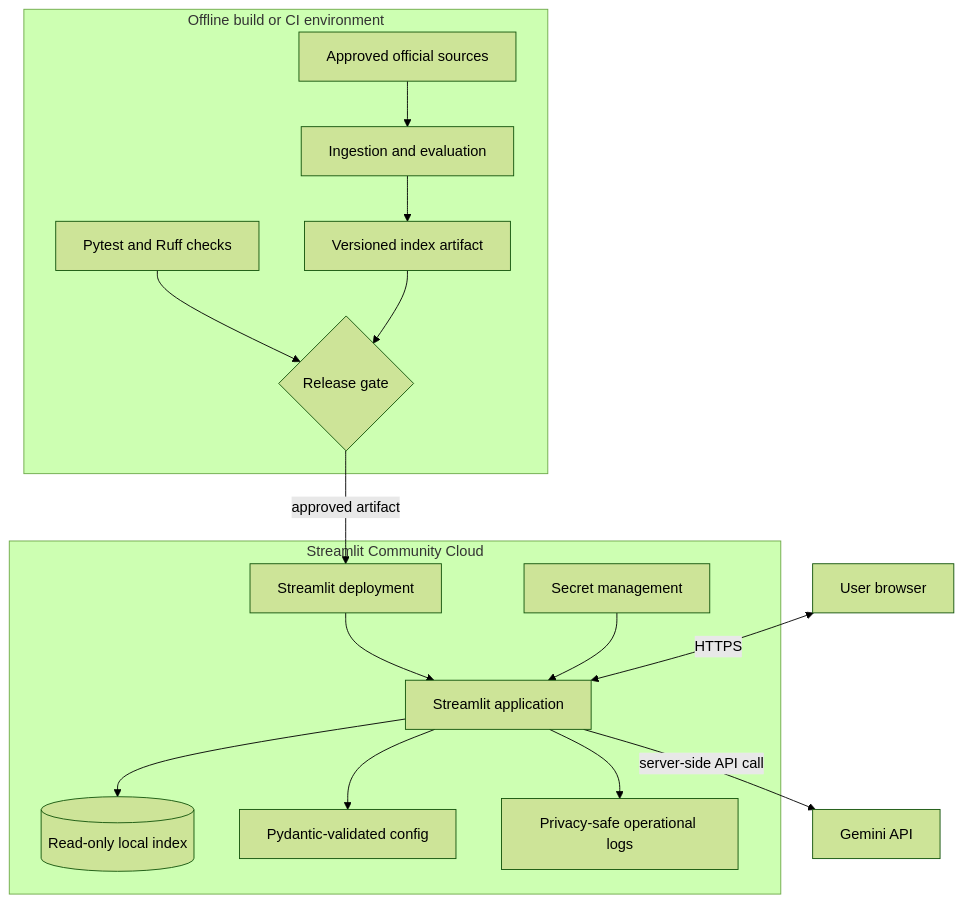
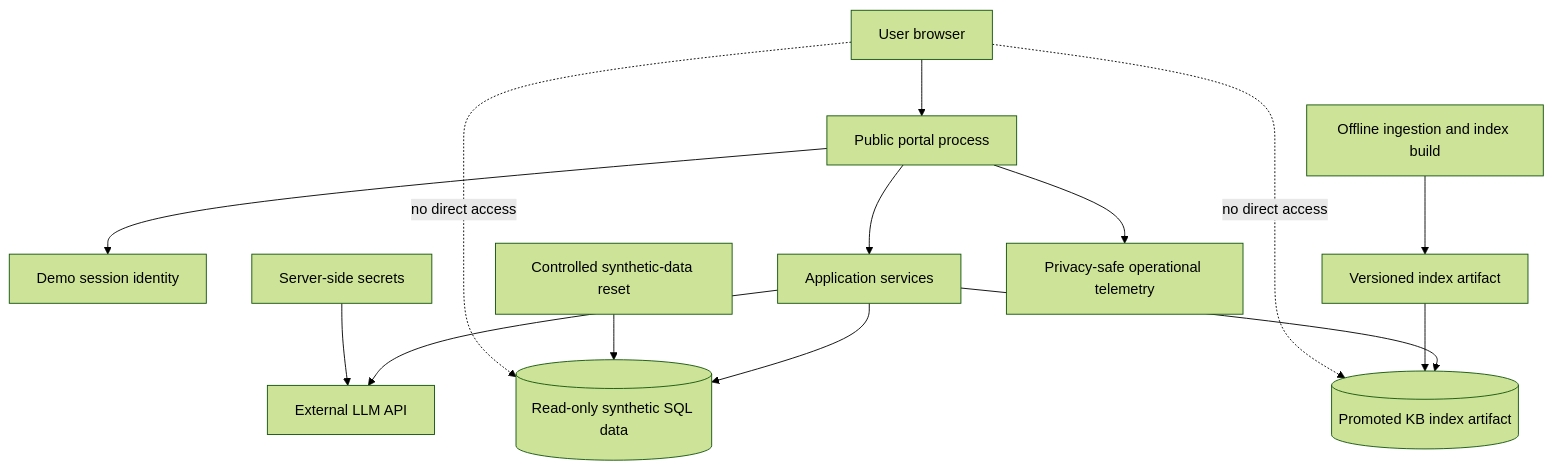
The seventh of 7 diagrams in docs/whiteboard.md (vaishnaviyadav696/visa-assist-rag), drawn with Mermaid (forest theme) before and after one commit. The commit also changed other lines of this file and 15 other files, not shown here.

````diff
--- a/docs/whiteboard.md
+++ b/docs/whiteboard.md
@@ -96,22 +125,16 @@
 ```mermaid
 flowchart TB
-    subgraph Build["Offline build or CI environment"]
-        Sources[Approved official sources] --> Pipeline[Ingestion and evaluation]
-        Pipeline --> Artifact[Versioned index artifact]
-        Tests[Pytest and Ruff checks] --> ReleaseGate{Release gate}
-        Artifact --> ReleaseGate
-    end
-
-    ReleaseGate -->|approved artifact| Deploy[Streamlit deployment]
-
-    subgraph Cloud["Streamlit Community Cloud"]
-        Deploy --> App[Streamlit application]
-        App --> LocalIndex[(Read-only local index)]
-        App --> Config[Pydantic-validated config]
-        Secrets[Secret management] --> App
-        App --> Logs[Privacy-safe operational logs]
-    end
-
-    Browser[User browser] <-->|HTTPS| App
-    App -->|server-side API call| Gemini[Gemini API]
+    Browser[User browser] --> App[Public portal process]
+    App --> Session[Demo session identity]
+    App --> Router[Application services]
+    Router --> ReadOnlyDB[(Read-only synthetic SQL data)]
+    Router --> ReadOnlyIndex[(Promoted KB index artifact)]
+    Router --> Provider[External LLM API]
+    Secrets[Server-side secrets] --> Provider
+    Build[Offline ingestion and index build] --> Artifact[Versioned index artifact]
+    Artifact --> ReadOnlyIndex
+    Reset[Controlled synthetic-data reset] --> ReadOnlyDB
+    App --> Telemetry[Privacy-safe operational telemetry]
+    Browser -. no direct access .-> ReadOnlyDB
+    Browser -. no direct access .-> ReadOnlyIndex
 ```
````
